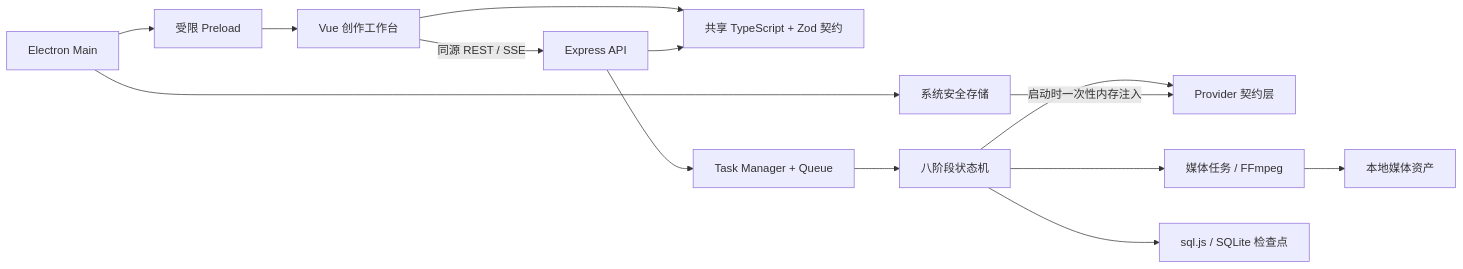
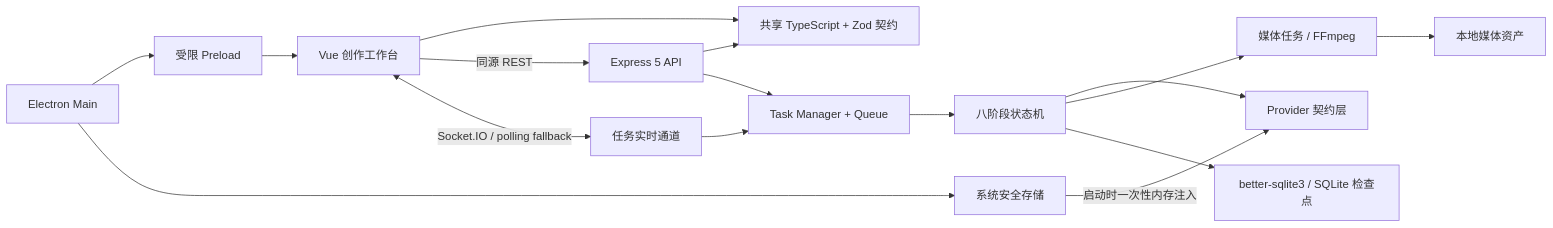
Before and after one commit to 728792899-create/aigc-video-platform: the first of 2 diagrams in docs/architecture.md, drawn with Mermaid. The commit also changed other lines of this file and 119 other files, not shown here.

````diff
--- a/docs/architecture.md
+++ b/docs/architecture.md
@@ -5,16 +5,18 @@
 ```mermaid
 flowchart LR
   E["Electron Main"] --> P["受限 Preload"]
   P --> V["Vue 创作工作台"]
   V --> C["共享 TypeScript + Zod 契约"]
-  V -->|"同源 REST / SSE"| A["Express API"]
+  V -->|"同源 REST"| A["Express 5 API"]
+  V <-->|"Socket.IO / polling fallback"| RT["任务实时通道"]
+  RT --> T
   A --> C
   A --> T["Task Manager + Queue"]
   T --> W["八阶段状态机"]
   W --> R["Provider 契约层"]
   W --> M["媒体任务 / FFmpeg"]
-  W --> D["sql.js / SQLite 检查点"]
+  W --> D["better-sqlite3 / SQLite 检查点"]
   M --> F["本地媒体资产"]
   E --> K["系统安全存储"]
   K -->|"启动时一次性内存注入"| R
 ```
````
